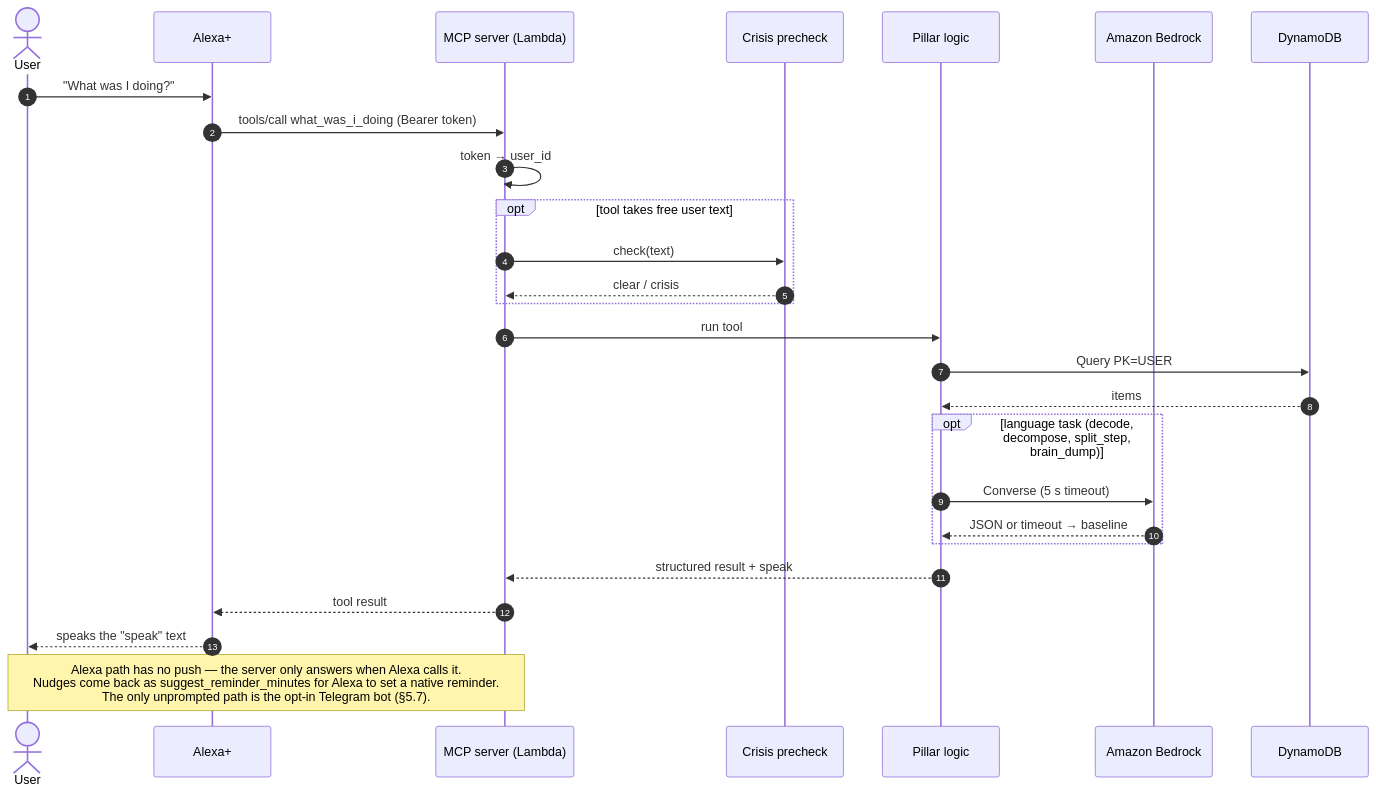
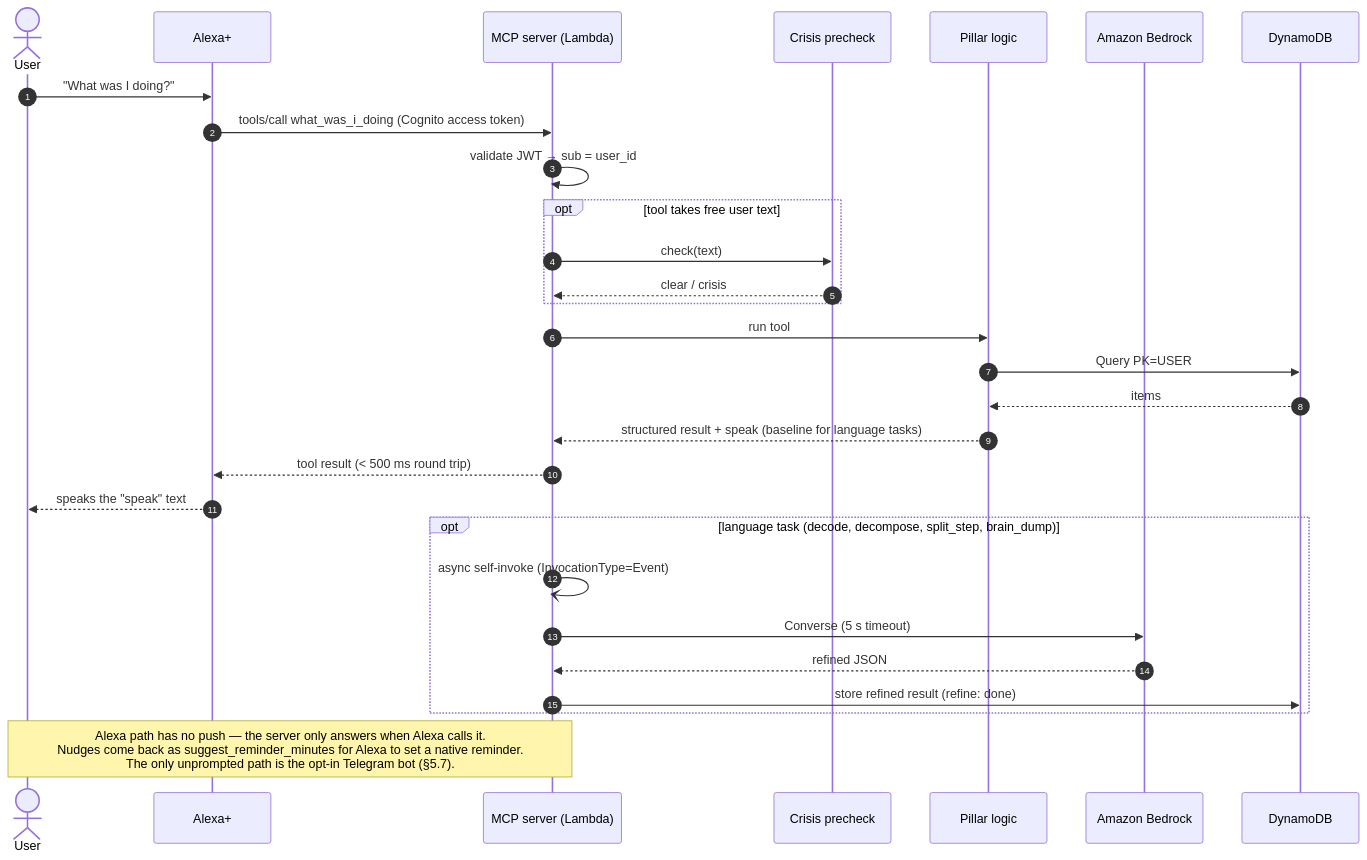
Before and after one commit to navinrc/NeuroCare: the first of 11 diagrams in docs/spec.md, drawn with Mermaid. The commit also changed other lines of this file and 4 other files, not shown here.

````diff
--- a/docs/spec.md
+++ b/docs/spec.md
@@ -56,30 +57,32 @@
 ```mermaid
 sequenceDiagram
     autonumber
     actor U as User
     participant A as Alexa+
     participant S as MCP server (Lambda)
     participant C as Crisis precheck
     participant P as Pillar logic
     participant B as Amazon Bedrock
     participant D as DynamoDB
 
     U->>A: "What was I doing?"
-    A->>S: tools/call what_was_i_doing (Bearer token)
-    S->>S: token → user_id
+    A->>S: tools/call what_was_i_doing (Cognito access token)
+    S->>S: validate JWT → sub = user_id
     opt tool takes free user text
         S->>C: check(text)
         C-->>S: clear / crisis
     end
     S->>P: run tool
     P->>D: Query PK=USER#id
     D-->>P: items
+    P-->>S: structured result + speak (baseline for language tasks)
+    S-->>A: tool result (< 500 ms round trip)
+    A-->>U: speaks the "speak" text
     opt language task (decode, decompose, split_step, brain_dump)
-        P->>B: Converse (5 s timeout)
-        B-->>P: JSON or timeout → baseline
+        S-)S: async self-invoke (InvocationType=Event)
+        S->>B: Converse (5 s timeout)
+        B-->>S: refined JSON
+        S->>D: store refined result (refine: done)
     end
-    P-->>S: structured result + speak
-    S-->>A: tool result
-    A-->>U: speaks the "speak" text
     Note over S,U: Alexa path has no push — the server only answers when Alexa calls it.<br/>Nudges come back as suggest_reminder_minutes for Alexa to set a native reminder.<br/>The only unprompted path is the opt-in Telegram bot (§5.7).
 ```
````
